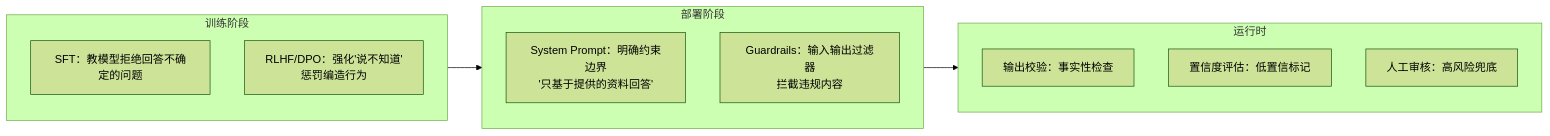
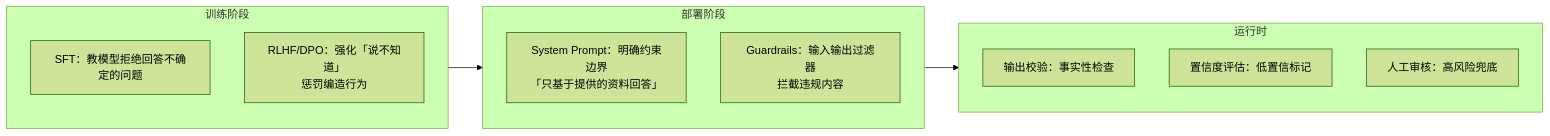
Before and after one commit to ranxi2001/zero2Agent: the first of 4 diagrams in learn-agent-interview/03-fault-tolerance/index.md, drawn with Mermaid (forest theme). The commit also changed other lines of this file and 1 other file, not shown here.

Commit message:
fix: Mermaid 标签用中文引号「」替代单引号，修复渲染错误

````diff
--- a/learn-agent-interview/03-fault-tolerance/index.md
+++ b/learn-agent-interview/03-fault-tolerance/index.md
@@ -135,20 +135,20 @@
 ```mermaid
 flowchart LR
     subgraph train["训练阶段"]
         T1["SFT：教模型拒绝回答不确定的问题"]
-        T2["RLHF/DPO：强化#39;说不知道#39;\n惩罚编造行为"]
+        T2["RLHF/DPO：强化「说不知道」\n惩罚编造行为"]
     end
 
     subgraph deploy["部署阶段"]
-        D1["System Prompt：明确约束边界\n#39;只基于提供的资料回答#39;"]
+        D1["System Prompt：明确约束边界\n「只基于提供的资料回答」"]
         D2["Guardrails：输入输出过滤器\n拦截违规内容"]
     end
 
     subgraph runtime["运行时"]
         R1["输出校验：事实性检查"]
         R2["置信度评估：低置信标记"]
         R3["人工审核：高风险兜底"]
     end
 
     train --> deploy --> runtime
 ```
````
